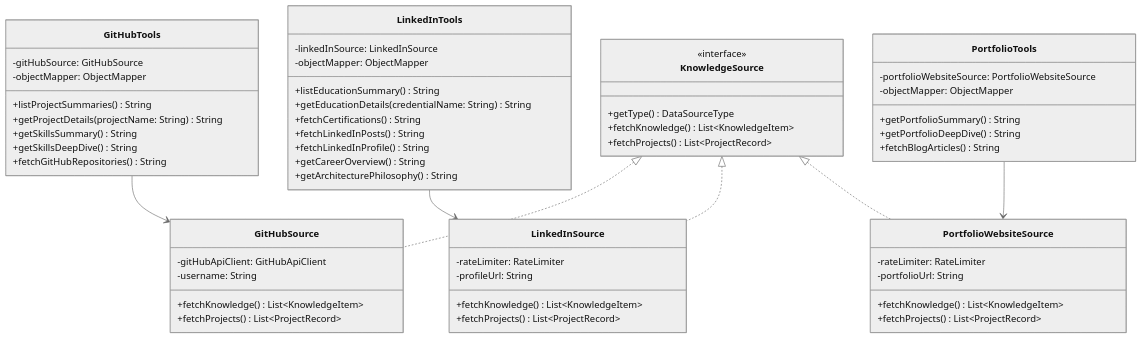
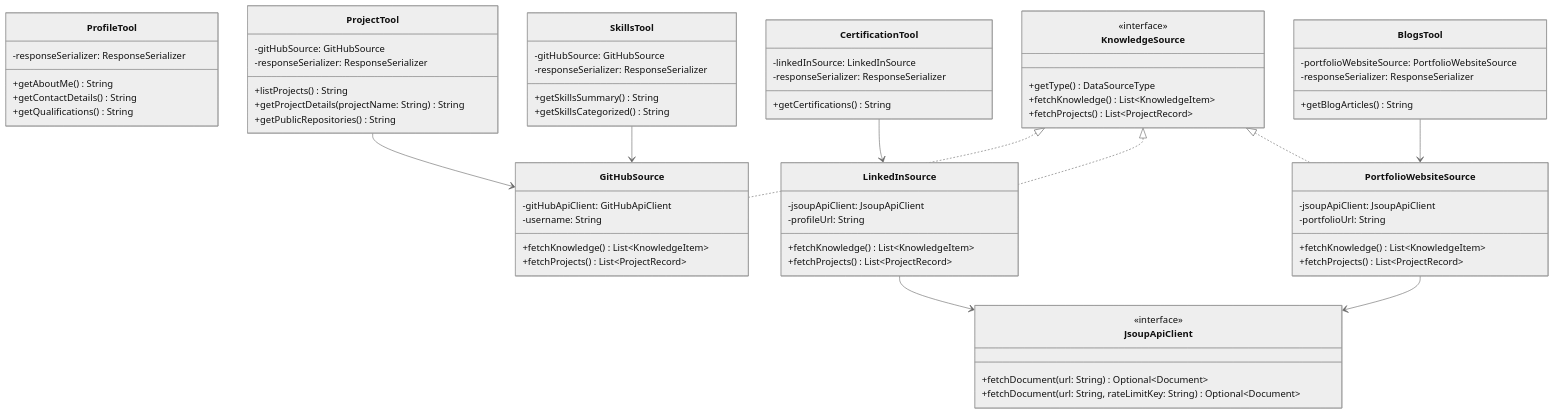
Before and after one commit to pranit-bhangale/praya-ai: the third of 4 diagrams in docs/LLD.md, drawn with Mermaid (neutral theme). The commit also changed other lines of this file and 38 other files, not shown here.

````diff
--- a/docs/LLD.md
+++ b/docs/LLD.md
@@ -222,67 +226,80 @@
 ```mermaid
 classDiagram
-    class GitHubTools {
-        -gitHubSource: GitHubSource
-        -objectMapper: ObjectMapper
-        +listProjectSummaries() String
-        +getProjectDetails(projectName: String) String
-        +getSkillsSummary() String
-        +getSkillsDeepDive() String
-        +fetchGitHubRepositories() String
+    class ProfileTool {
+        -responseSerializer: ResponseSerializer
+        +getAboutMe() String
+        +getContactDetails() String
+        +getQualifications() String
     }
 
-    class LinkedInTools {
-        -linkedInSource: LinkedInSource
-        -objectMapper: ObjectMapper
-        +listEducationSummary() String
-        +getEducationDetails(credentialName: String) String
-        +fetchCertifications() String
-        +fetchLinkedInPosts() String
-        +fetchLinkedInProfile() String
-        +getCareerOverview() String
-        +getArchitecturePhilosophy() String
+    class SkillsTool {
+        -gitHubSource: GitHubSource
+        -responseSerializer: ResponseSerializer
+        +getSkillsSummary() String
+        +getSkillsCategorized() String
     }
 
-    class PortfolioTools {
+    class CertificationTool {
+        -linkedInSource: LinkedInSource
+        -responseSerializer: ResponseSerializer
+        +getCertifications() String
+    }
+
+    class BlogsTool {
         -portfolioWebsiteSource: PortfolioWebsiteSource
-        -objectMapper: ObjectMapper
-        +getPortfolioSummary() String
-        +getPortfolioDeepDive() String
-        +fetchBlogArticles() String
+        -responseSerializer: ResponseSerializer
+        +getBlogArticles() String
+    }
+
+    class ProjectTool {
+        -gitHubSource: GitHubSource
+        -responseSerializer: ResponseSerializer
+        +listProjects() String
+        +getProjectDetails(projectName: String) String
+        +getPublicRepositories() String
     }
 
     class KnowledgeSource {
         <<interface>>
         +getType() DataSourceType
         +fetchKnowledge() List~KnowledgeItem~
         +fetchProjects() List~ProjectRecord~
     }
 
     class GitHubSource {
         -gitHubApiClient: GitHubApiClient
         -username: String
         +fetchKnowledge() List~KnowledgeItem~
         +fetchProjects() List~ProjectRecord~
     }
 
     class LinkedInSource {
-        -rateLimiter: RateLimiter
+        -jsoupApiClient: JsoupApiClient
         -profileUrl: String
         +fetchKnowledge() List~KnowledgeItem~
         +fetchProjects() List~ProjectRecord~
     }
 
     class PortfolioWebsiteSource {
-        -rateLimiter: RateLimiter
+        -jsoupApiClient: JsoupApiClient
         -portfolioUrl: String
         +fetchKnowledge() List~KnowledgeItem~
         +fetchProjects() List~ProjectRecord~
     }
 
-    GitHubTools --> GitHubSource
-    LinkedInTools --> LinkedInSource
-    PortfolioTools --> PortfolioWebsiteSource
+    class JsoupApiClient {
+        <<interface>>
+        +fetchDocument(url: String) Optional~Document~
+        +fetchDocument(url: String, rateLimitKey: String) Optional~Document~
+    }
+
+    ProjectTool --> GitHubSource
+    SkillsTool --> GitHubSource
+    CertificationTool --> LinkedInSource
+    BlogsTool --> PortfolioWebsiteSource
+    LinkedInSource --> JsoupApiClient
+    PortfolioWebsiteSource --> JsoupApiClient
     KnowledgeSource <|.. GitHubSource
     KnowledgeSource <|.. LinkedInSource
     KnowledgeSource <|.. PortfolioWebsiteSource
 ```
````
